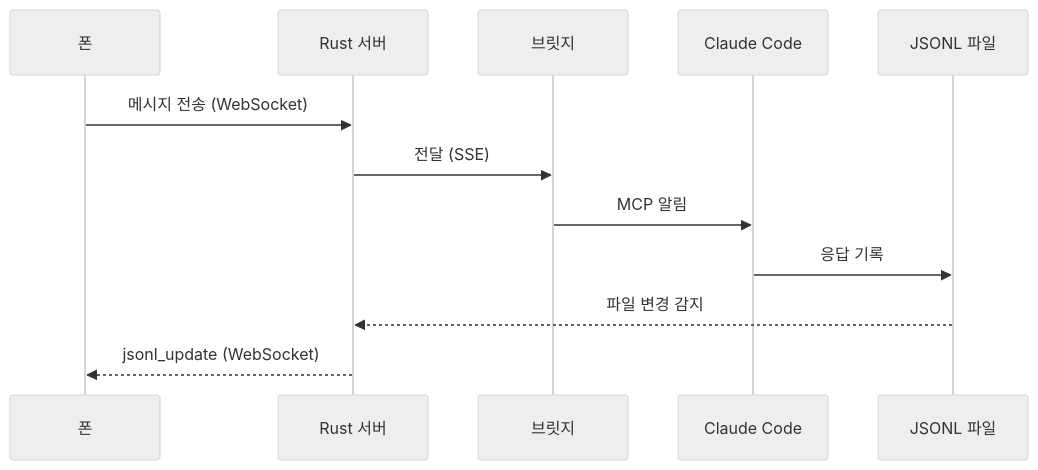
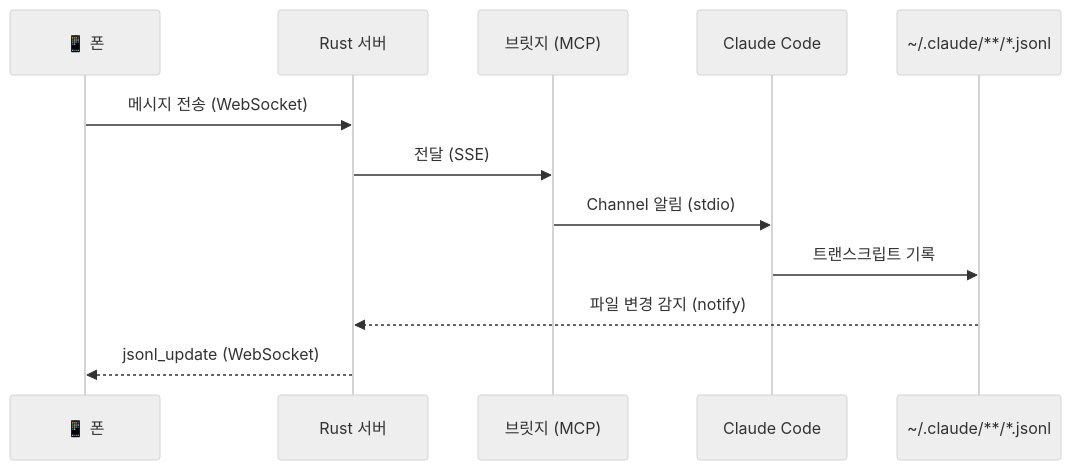
The second of 2 diagrams in README.md (Lucas20000903/spire-remote-code), drawn with Mermaid (neutral theme) before and after one commit. The commit also changed other lines of this file, not shown here.

Commit message:
docs: simplify README — keep only data flow diagram

````diff
--- a/README.md
+++ b/README.md
@@ -475,15 +376,15 @@
 ```mermaid
 sequenceDiagram
-    participant P as 폰
+    participant P as 📱 폰
     participant R as Rust 서버
-    participant B as 브릿지
+    participant B as 브릿지 (MCP)
     participant C as Claude Code
-    participant J as JSONL 파일
+    participant J as ~/.claude/**/*.jsonl
 
     P->>R: 메시지 전송 (WebSocket)
     R->>B: 전달 (SSE)
-    B->>C: MCP 알림
-    C->>J: 응답 기록
-    J-->>R: 파일 변경 감지
+    B->>C: Channel 알림 (stdio)
+    C->>J: 트랜스크립트 기록
+    J-->>R: 파일 변경 감지 (notify)
     R-->>P: jsonl_update (WebSocket)
 ```
````
